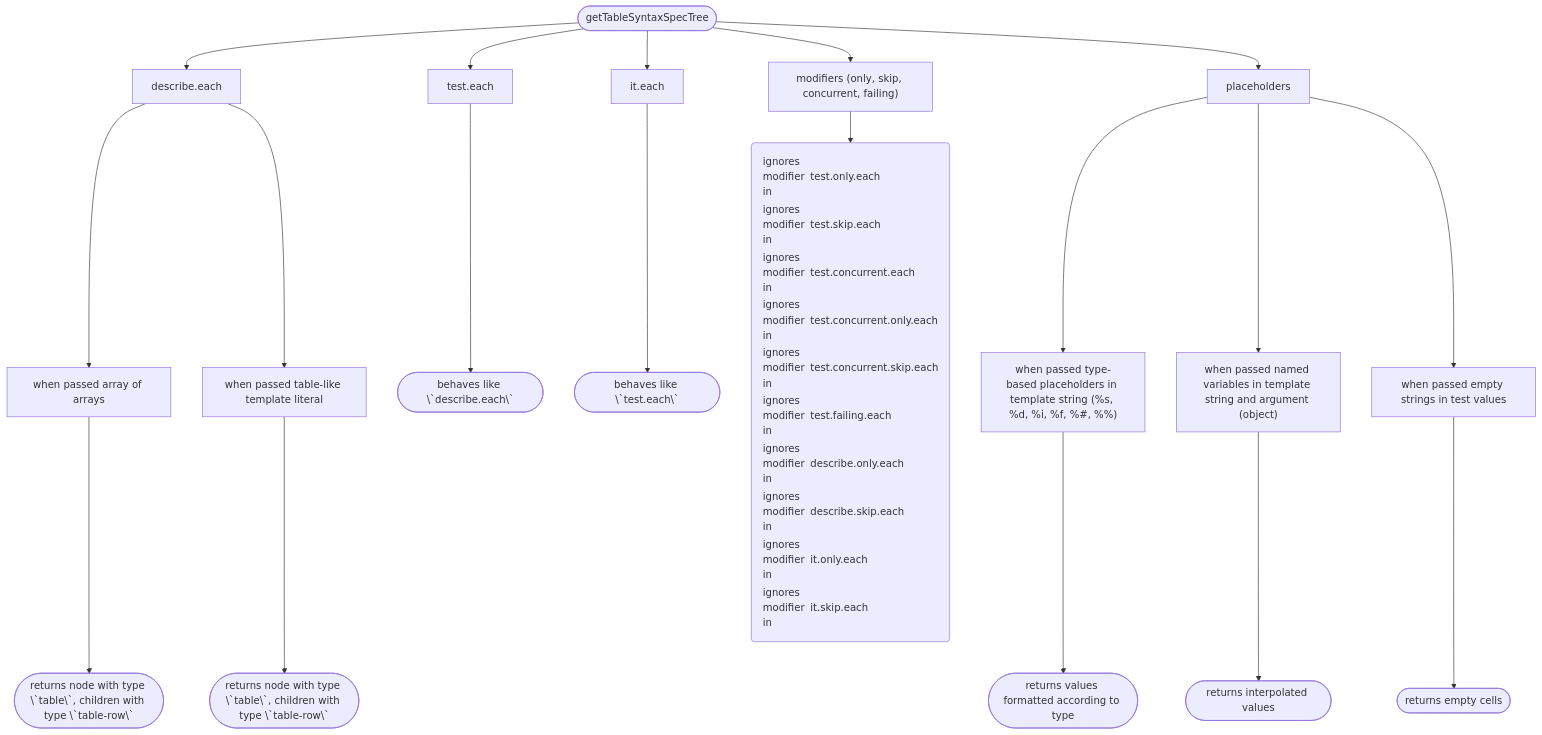
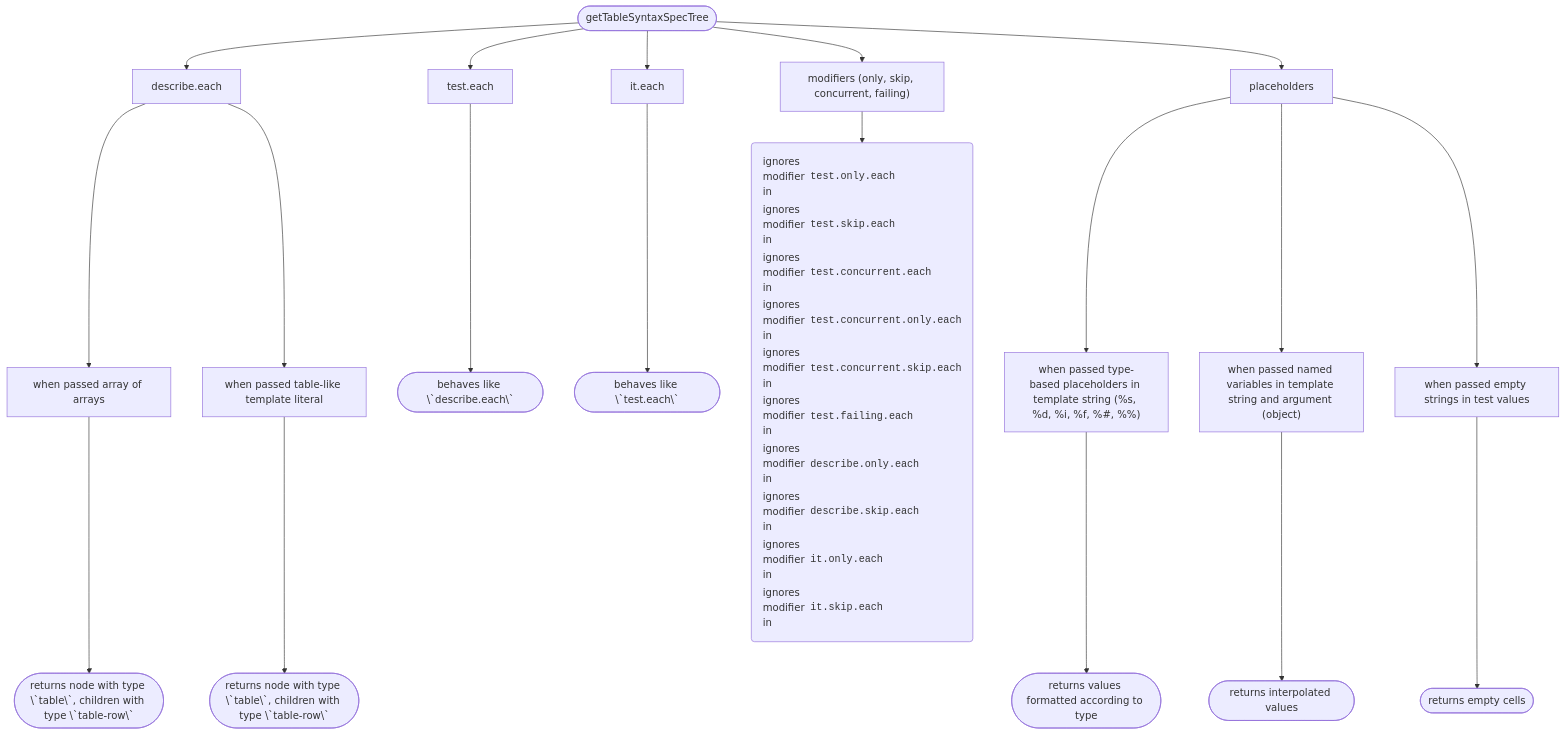
Before and after one commit to arnaudrenaud/speccharts: the fourth of 9 diagrams in speccharts.md, drawn with Mermaid. The commit also changed 8 other files, not shown here.

Commit message:
Render interpolated table cells with monospace font

````diff
--- a/speccharts.md
+++ b/speccharts.md
@@ -70,40 +70,40 @@
 ```mermaid
 flowchart TD
 N0(["getTableSyntaxSpecTree"])
 N1["describe.each"]
 N0 --> N1
 N2["when passed array of arrays"]
 N1 --> N2
 N3(["returns node with type \`table\`, children with type \`table-row\`"])
 N2 --> N3
 N4["when passed table-like template literal"]
 N1 --> N4
 N5(["returns node with type \`table\`, children with type \`table-row\`"])
 N4 --> N5
 N6["test.each"]
 N0 --> N6
 N7(["behaves like \`describe.each\`"])
 N6 --> N7
 N8["it.each"]
 N0 --> N8
 N9(["behaves like \`test.each\`"])
 N8 --> N9
 N10["modifiers (only, skip, concurrent, failing)"]
 N0 --> N10
-N11("<table style='text-align: left;'><tr><td>ignores modifier in </td><td>test.only.each</td></tr><tr><td>ignores modifier in </td><td>test.skip.each</td></tr><tr><td>ignores modifier in </td><td>test.concurrent.each</td></tr><tr><td>ignores modifier in </td><td>test.concurrent.only.each</td></tr><tr><td>ignores modifier in </td><td>test.concurrent.skip.each</td></tr><tr><td>ignores modifier in </td><td>test.failing.each</td></tr><tr><td>ignores modifier in </td><td>describe.only.each</td></tr><tr><td>ignores modifier in </td><td>describe.skip.each</td></tr><tr><td>ignores modifier in </td><td>it.only.each</td></tr><tr><td>ignores modifier in </td><td>it.skip.each</td></tr></table>")
+N11("<table style='text-align: left;'><tr><td>ignores modifier in </td><td style='font-family: monospace'>test.only.each</td></tr><tr><td>ignores modifier in </td><td style='font-family: monospace'>test.skip.each</td></tr><tr><td>ignores modifier in </td><td style='font-family: monospace'>test.concurrent.each</td></tr><tr><td>ignores modifier in </td><td style='font-family: monospace'>test.concurrent.only.each</td></tr><tr><td>ignores modifier in </td><td style='font-family: monospace'>test.concurrent.skip.each</td></tr><tr><td>ignores modifier in </td><td style='font-family: monospace'>test.failing.each</td></tr><tr><td>ignores modifier in </td><td style='font-family: monospace'>describe.only.each</td></tr><tr><td>ignores modifier in </td><td style='font-family: monospace'>describe.skip.each</td></tr><tr><td>ignores modifier in </td><td style='font-family: monospace'>it.only.each</td></tr><tr><td>ignores modifier in </td><td style='font-family: monospace'>it.skip.each</td></tr></table>")
 N10 --> N11
 N12["placeholders"]
 N0 --> N12
 N13["when passed type-based placeholders in template string (%s, %d, %i, %f, %#, %%)"]
 N12 --> N13
 N14(["returns values formatted according to type"])
 N13 --> N14
 N15["when passed named variables in template string and argument (object)"]
 N12 --> N15
 N16(["returns interpolated values"])
 N15 --> N16
 N17["when passed empty strings in test values"]
 N12 --> N17
 N18(["returns empty cells"])
 N17 --> N18
 ```
````
